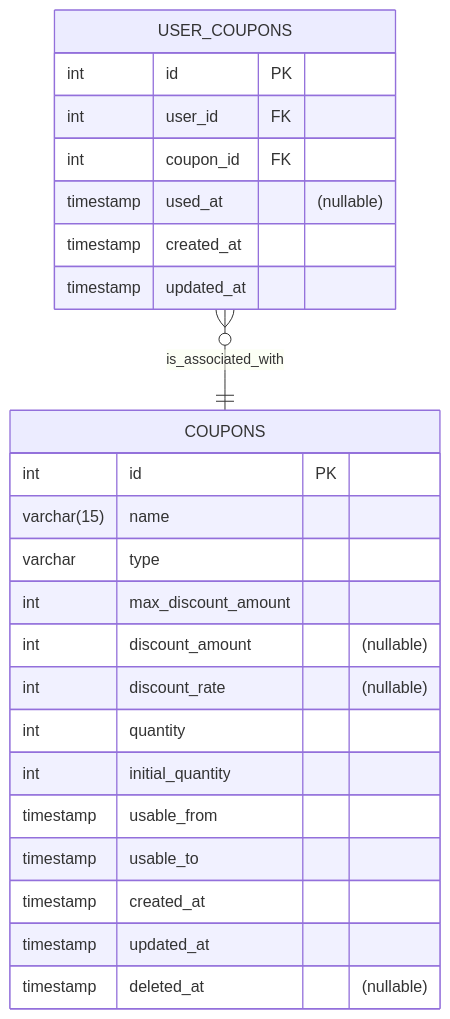
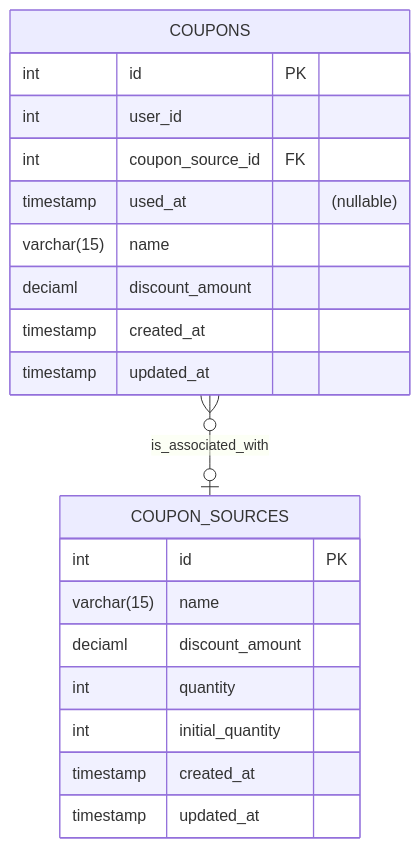
The third of 3 diagrams in docs/specs/coupon.md (alert-kim/e-commerce), drawn with Mermaid before and after one commit. The commit also changed other lines of this file and 14 other files, not shown here.

````diff
--- a/docs/specs/coupon.md
+++ b/docs/specs/coupon.md
@@ -42,28 +36,23 @@
 ```mermaid 
 erDiagram
-    USER_COUPONS {
-        int id PK
-        int user_id FK
-        int coupon_id FK
-        timestamp used_at "(nullable)"
-        timestamp created_at
-        timestamp updated_at
+    COUPONS {
+      int id PK
+      int user_id
+      int coupon_source_id FK
+      timestamp used_at "(nullable)"
+      varchar(15) name
+      deciaml discount_amount
+      timestamp created_at
+      timestamp updated_at
     }
-
-    COUPONS {
-        int id PK
-        varchar(15) name
-        varchar type
-        int max_discount_amount
-        int discount_amount "(nullable)"
-        int discount_rate "(nullable)"
-        int quantity
-        int initial_quantity
-        timestamp usable_from
-        timestamp usable_to
-        timestamp created_at
-        timestamp updated_at
-        timestamp deleted_at "(nullable)"
+    COUPON_SOURCES {
+      int id PK
+      varchar(15) name
+      deciaml discount_amount
+      int quantity
+      int initial_quantity
+      timestamp created_at
+      timestamp updated_at
     }
-    USER_COUPONS many to one COUPONS: is_associated_with
+    COUPONS many to one or zero COUPON_SOURCES: is_associated_with
 ```
````
